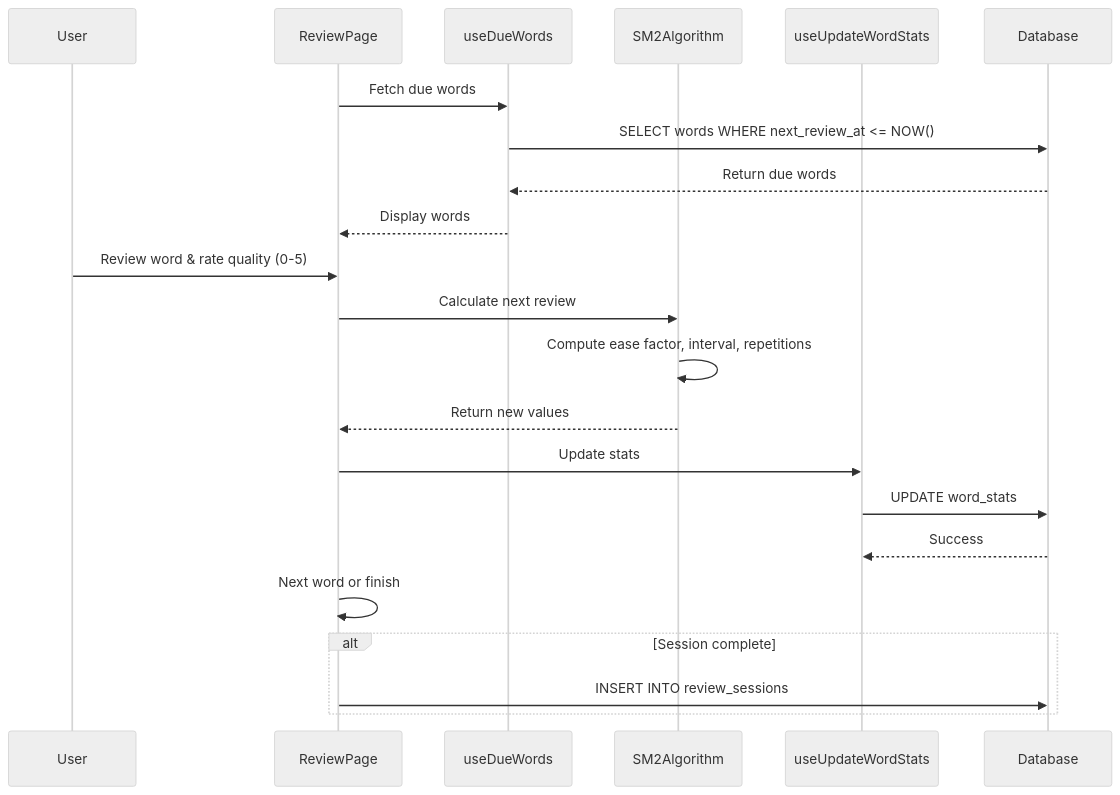
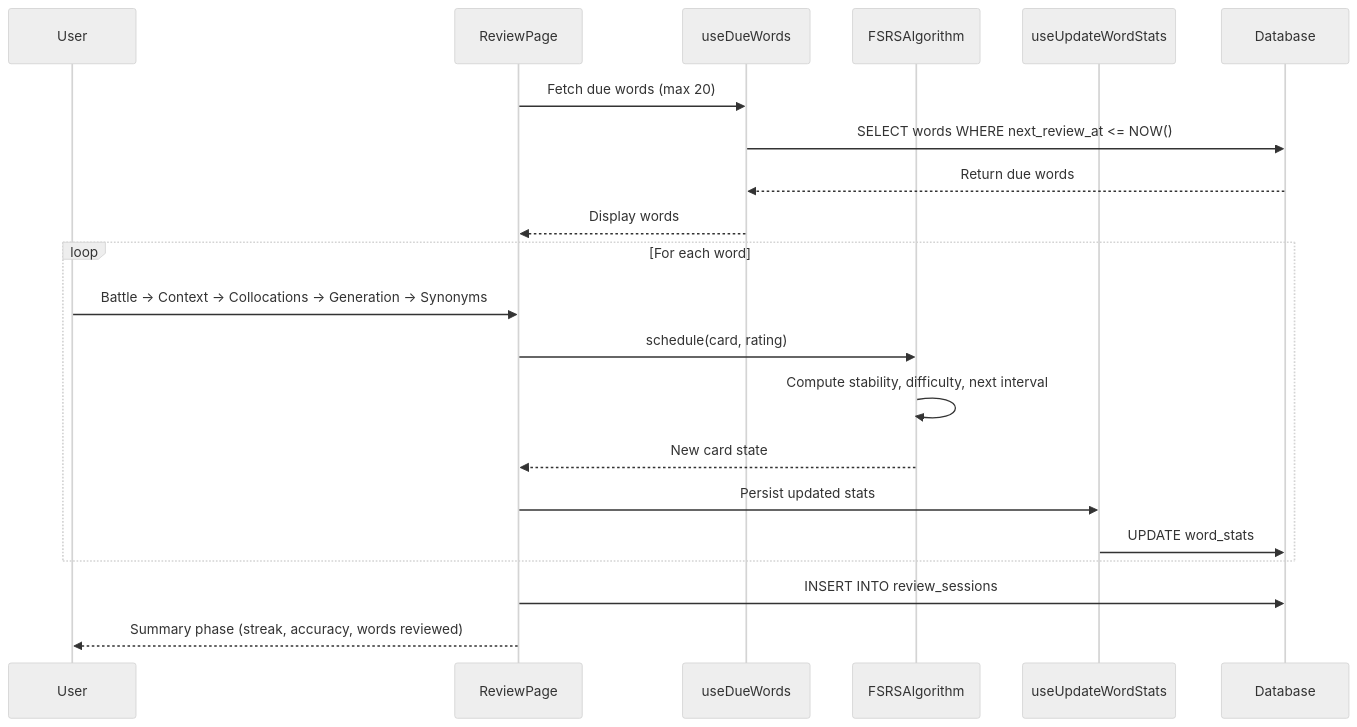
The second of 6 diagrams in README.md (MirazZim/LexCore), drawn with Mermaid (neutral theme) before and after one commit. The commit also changed other lines of this file and 1 other file, not shown here.

````diff
--- a/README.md
+++ b/README.md
@@ -135,29 +142,26 @@
 ```mermaid
 sequenceDiagram
     participant User
     participant ReviewPage
     participant useDueWords
-    participant SM2Algorithm
+    participant FSRSAlgorithm
     participant useUpdateWordStats
     participant Database
 
-    ReviewPage->>useDueWords: Fetch due words
+    ReviewPage->>useDueWords: Fetch due words (max 20)
     useDueWords->>Database: SELECT words WHERE next_review_at <= NOW()
     Database-->>useDueWords: Return due words
     useDueWords-->>ReviewPage: Display words
 
-    User->>ReviewPage: Review word & rate quality (0-5)
-    ReviewPage->>SM2Algorithm: Calculate next review
-    SM2Algorithm->>SM2Algorithm: Compute ease factor, interval, repetitions
-    SM2Algorithm-->>ReviewPage: Return new values
+    loop For each word
+        User->>ReviewPage: Battle → Context → Collocations → Generation → Synonyms
+        ReviewPage->>FSRSAlgorithm: schedule(card, rating)
+        FSRSAlgorithm->>FSRSAlgorithm: Compute stability, difficulty, next interval
+        FSRSAlgorithm-->>ReviewPage: New card state
+        ReviewPage->>useUpdateWordStats: Persist updated stats
+        useUpdateWordStats->>Database: UPDATE word_stats
+    end
 
-    ReviewPage->>useUpdateWordStats: Update stats
-    useUpdateWordStats->>Database: UPDATE word_stats
-    Database-->>useUpdateWordStats: Success
-
-    ReviewPage->>ReviewPage: Next word or finish
-
-    alt Session complete
-        ReviewPage->>Database: INSERT INTO review_sessions
-    end
+    ReviewPage->>Database: INSERT INTO review_sessions
+    ReviewPage-->>User: Summary phase (streak, accuracy, words reviewed)
 ```
````
